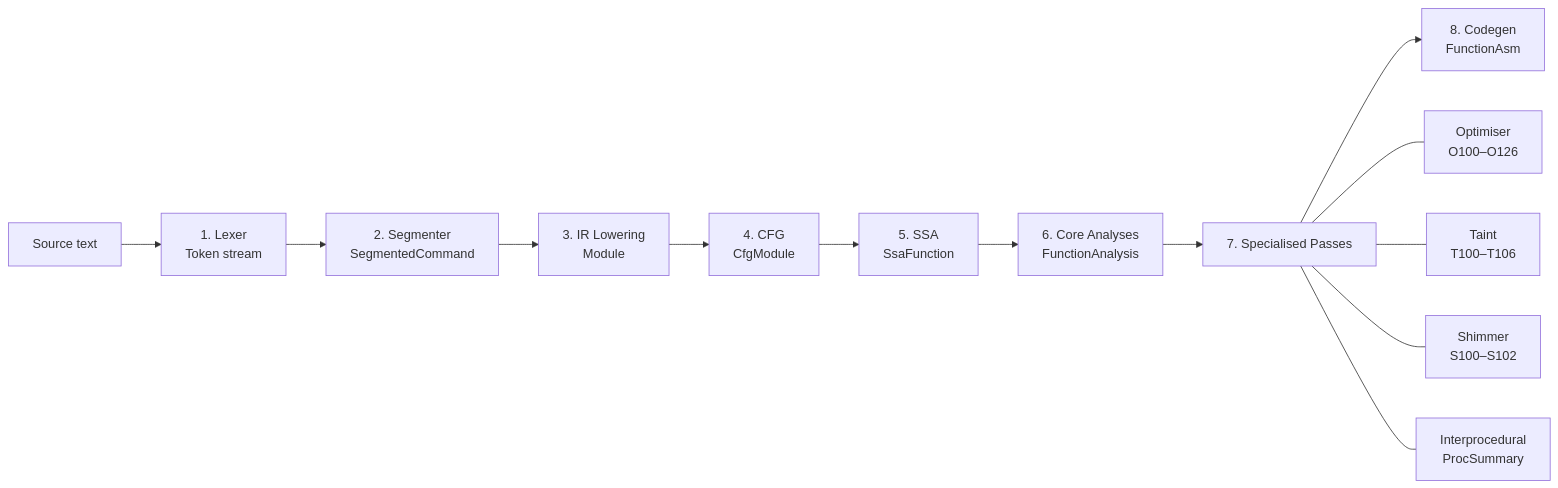
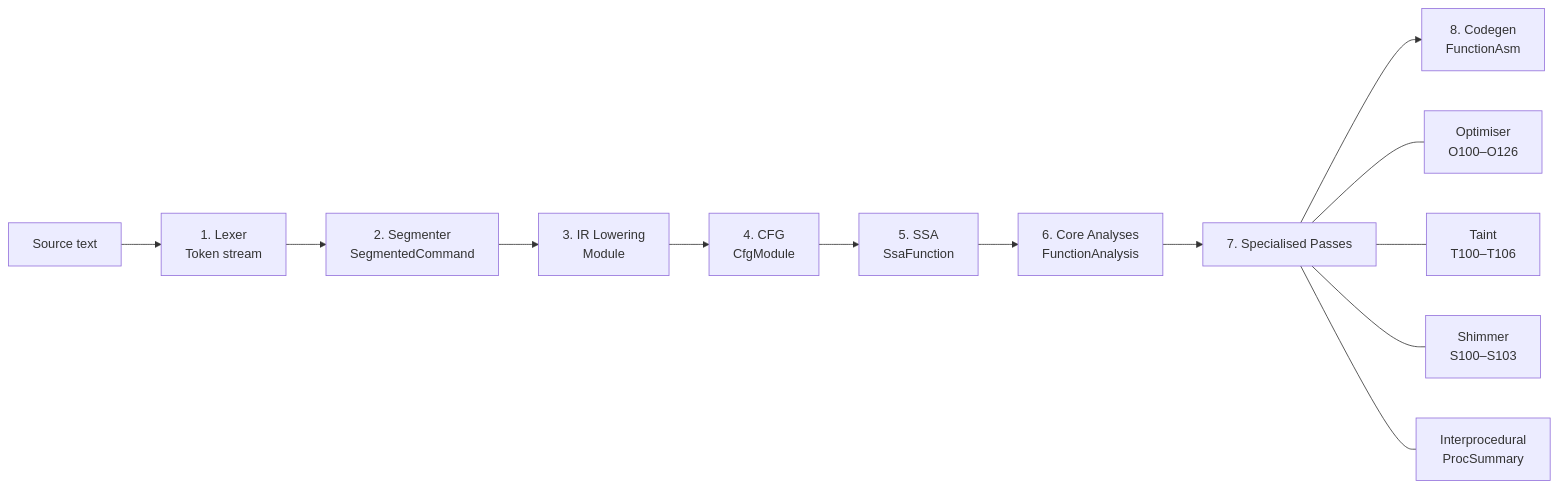
The first of 33 diagrams in docs/GLOSSARY.md (bitwisecook/tcl-lsp), drawn with Mermaid before and after one commit. The commit also changed other lines of this file and 121 other files, not shown here.

````diff
--- a/docs/GLOSSARY.md
+++ b/docs/GLOSSARY.md
@@ -11,16 +11,16 @@
 ```mermaid
 flowchart LR
     SRC["Source text"] --> LEX["1. Lexer<br/>Token stream"]
     LEX --> SEG["2. Segmenter<br/>SegmentedCommand"]
     SEG --> IR["3. IR Lowering<br/>Module"]
     IR --> CFG["4. CFG<br/>CfgModule"]
     CFG --> SSA["5. SSA<br/>SsaFunction"]
     SSA --> ANA["6. Core Analyses<br/>FunctionAnalysis"]
     ANA --> SP["7. Specialised Passes"]
     SP --> CG["8. Codegen<br/>FunctionAsm"]
 
     SP --- OPT["Optimiser<br/>O100–O126"]
     SP --- TAINT["Taint<br/>T100–T106"]
-    SP --- SHIM["Shimmer<br/>S100–S102"]
+    SP --- SHIM["Shimmer<br/>S100–S103"]
     SP --- INTERP["Interprocedural<br/>ProcSummary"]
 ```
````
